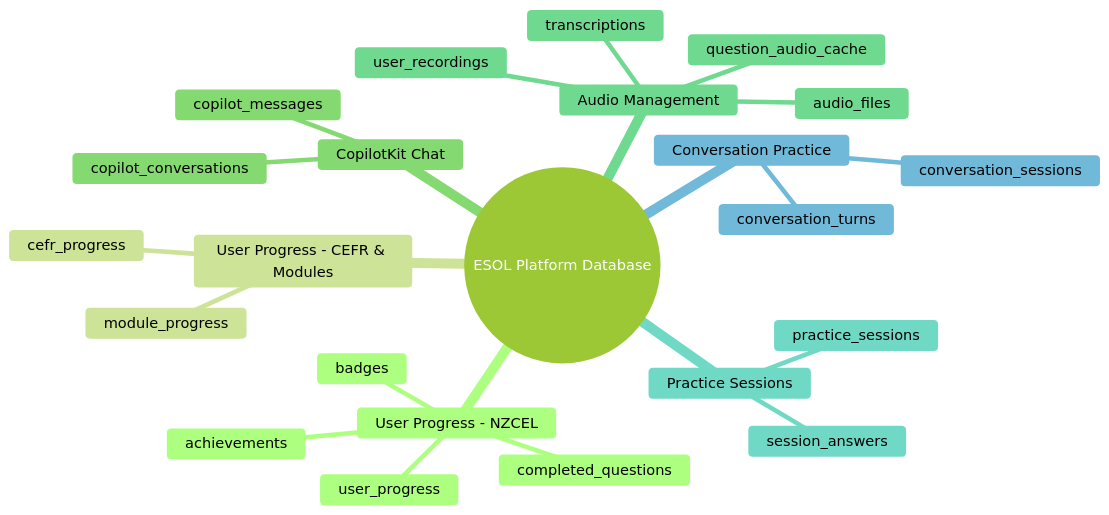
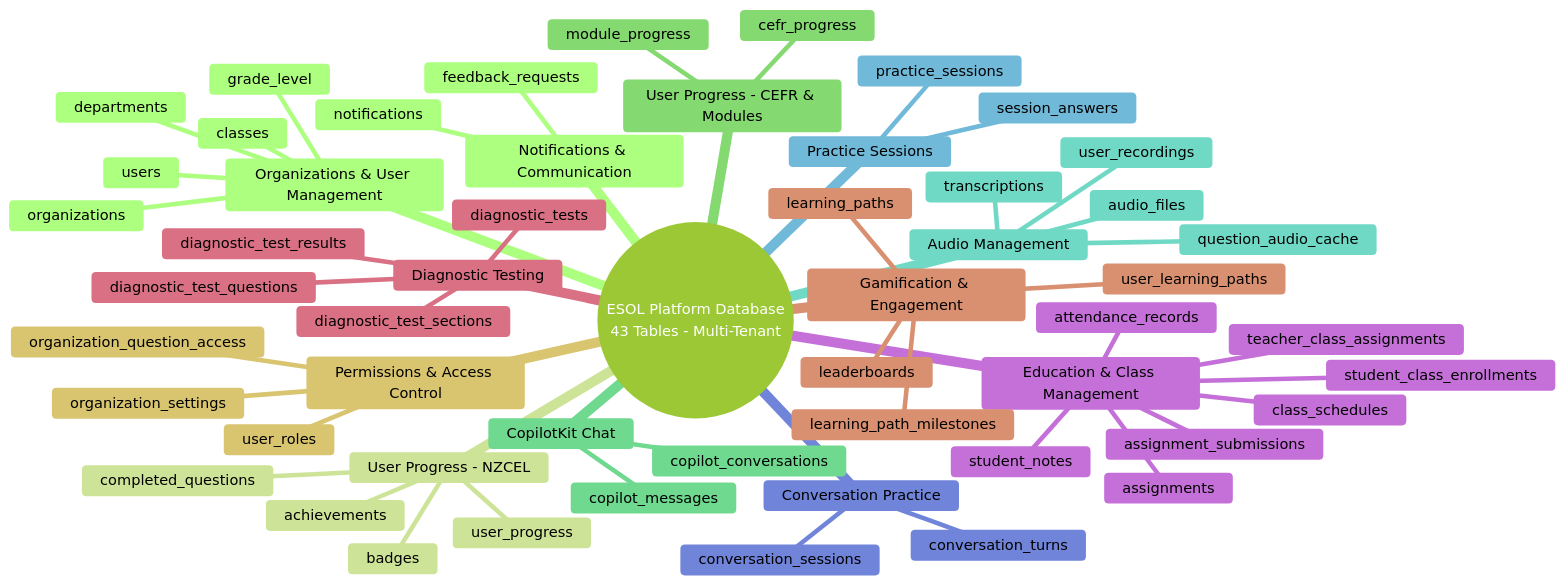
The first of 7 diagrams in DATABASE_ARCHITECTURE.md (ChanMeng666/esol-learning-platform), drawn with Mermaid (forest theme) before and after one commit. The commit also changed other lines of this file and 2 other files, not shown here.

First line of the commit message:
docs(architecture): update documentation to reflect multi-tenant architecture

````diff
--- a/DATABASE_ARCHITECTURE.md
+++ b/DATABASE_ARCHITECTURE.md
@@ -35,26 +42,58 @@
 ```mermaid
 mindmap
-  root((ESOL Platform Database))
+  root((ESOL Platform Database
+43 Tables - Multi-Tenant))
+    Organizations & User Management
+      organizations
+      users
+      departments
+      classes
+      grade_level
     User Progress - NZCEL
       user_progress
       completed_questions
       badges
       achievements
     User Progress - CEFR & Modules
       cefr_progress
       module_progress
     CopilotKit Chat
       copilot_conversations
       copilot_messages
     Audio Management
       audio_files
       question_audio_cache
       user_recordings
       transcriptions
     Practice Sessions
       practice_sessions
       session_answers
     Conversation Practice
       conversation_sessions
       conversation_turns
+    Education & Class Management
+      assignments
+      assignment_submissions
+      student_class_enrollments
+      teacher_class_assignments
+      class_schedules
+      attendance_records
+      student_notes
+    Diagnostic Testing
+      diagnostic_tests
+      diagnostic_test_sections
+      diagnostic_test_questions
+      diagnostic_test_results
+    Gamification & Engagement
+      leaderboards
+      learning_paths
+      learning_path_milestones
+      user_learning_paths
+    Permissions & Access Control
+      organization_question_access
+      organization_settings
+      user_roles
+    Notifications & Communication
+      notifications
+      feedback_requests
 ```
````
